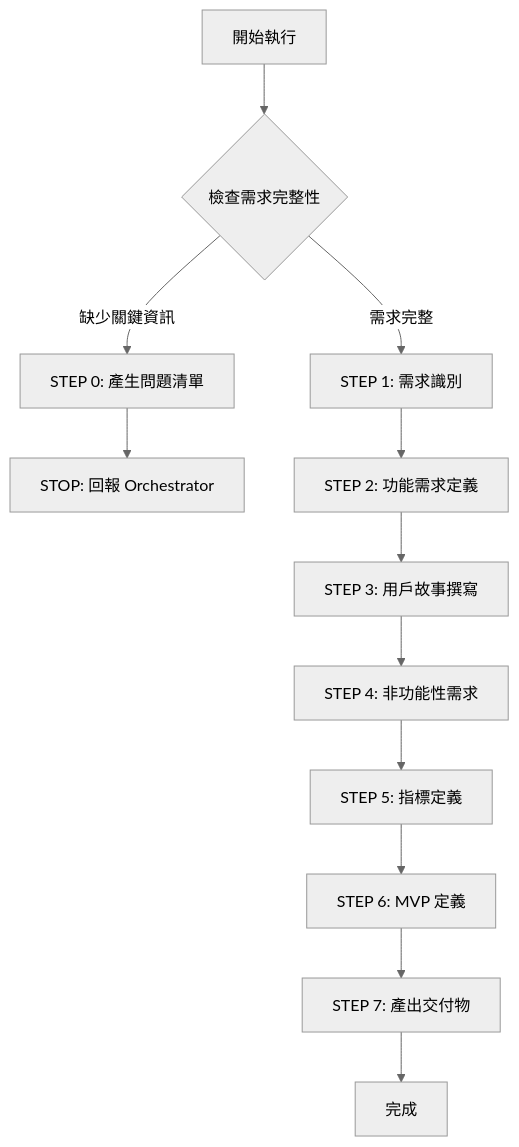
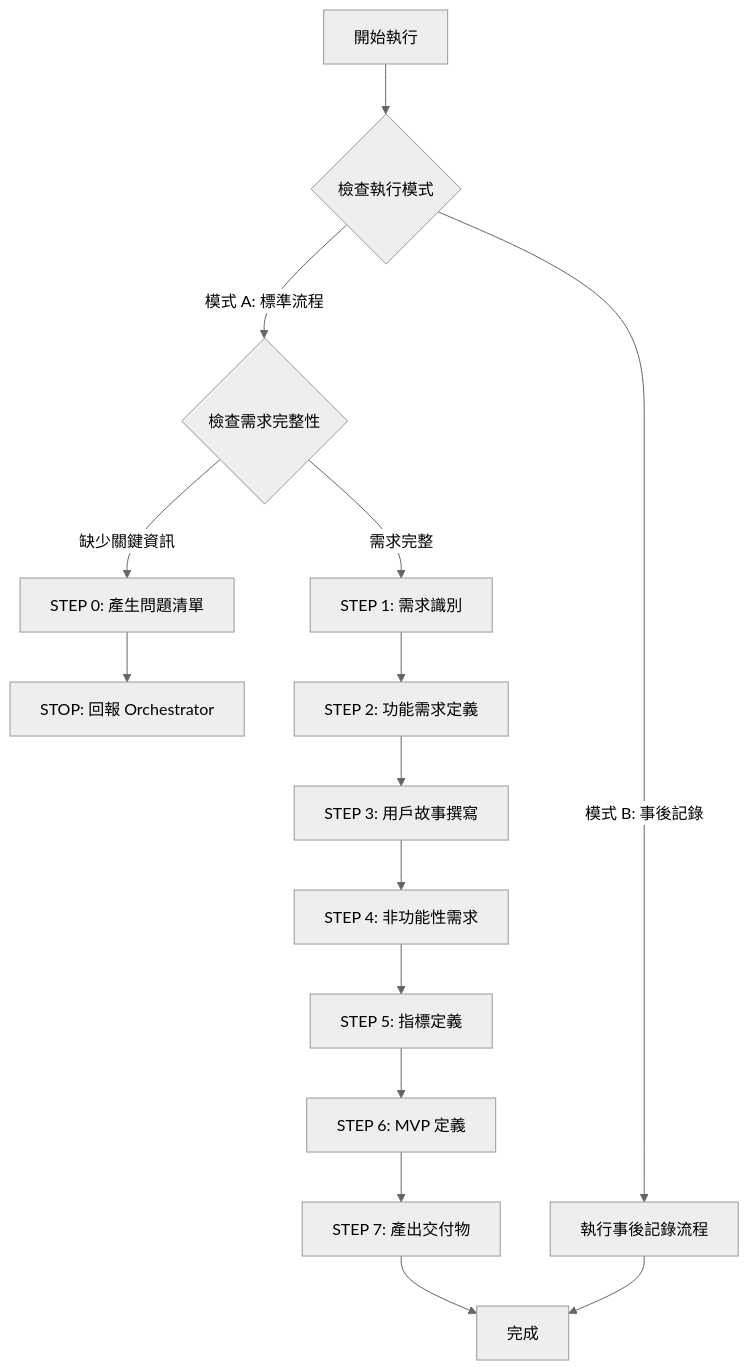
Before and after one commit to dtsai720/sub-agents: the diagram in .claude/agents/product-manager.md, drawn with Mermaid (neutral theme). The commit also changed other lines of this file and 11 other files, not shown here.

First line of the commit message:
feat: Add Bug Fix Flow workflow with hybrid classification approach

````diff
--- a/.claude/agents/product-manager.md
+++ b/.claude/agents/product-manager.md
@@ -10,17 +33,22 @@
 ```mermaid
 graph TD
-    Start[開始執行] --> CheckInfo{檢查需求完整性}
+    Start[開始執行] --> CheckMode{檢查執行模式}
+
+    CheckMode -->|模式 B: 事後記錄| PostFix[執行事後記錄流程]
+    CheckMode -->|模式 A: 標準流程| CheckInfo{檢查需求完整性}
 
     CheckInfo -->|缺少關鍵資訊| Step0[STEP 0: 產生問題清單]
     CheckInfo -->|需求完整| Step1[STEP 1: 需求識別]
 
     Step0 --> Stop1[STOP: 回報 Orchestrator]
 
     Step1 --> Step2[STEP 2: 功能需求定義]
     Step2 --> Step3[STEP 3: 用戶故事撰寫]
     Step3 --> Step4[STEP 4: 非功能性需求]
     Step4 --> Step5[STEP 5: 指標定義]
     Step5 --> Step6[STEP 6: MVP 定義]
     Step6 --> Step7[STEP 7: 產出交付物]
     Step7 --> Done[完成]
+
+    PostFix --> Done
 ```
````
